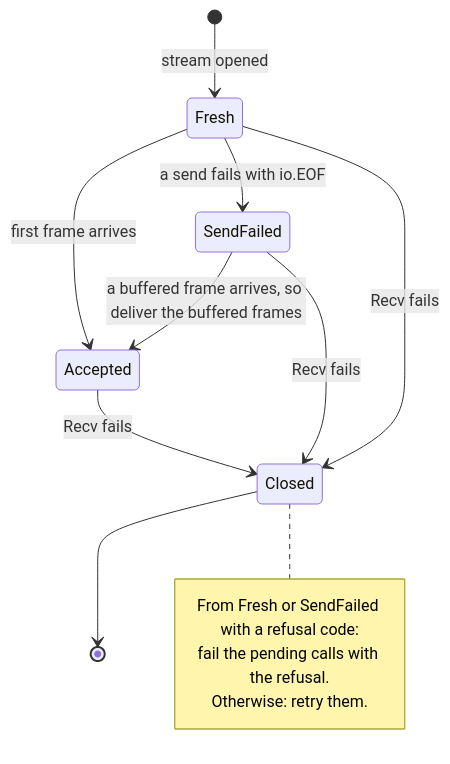
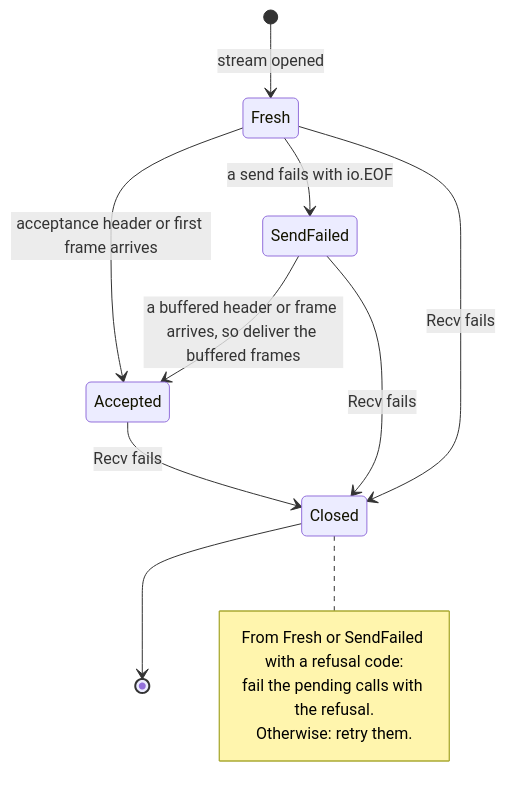
The fourth of 10 diagrams in doc/dev-guide.md (relab/gorums), drawn with Mermaid before and after one commit. The commit also changed other lines of this file and 11 other files, not shown here.

````diff
--- a/doc/dev-guide.md
+++ b/doc/dev-guide.md
@@ -380,16 +384,16 @@
 ```mermaid
 stateDiagram-v2
     [*] --> Fresh: stream opened
-    Fresh --> Accepted: first frame arrives
+    Fresh --> Accepted: acceptance header or first frame arrives
     Fresh --> SendFailed: a send fails with io.EOF
     Fresh --> Closed: Recv fails
-    SendFailed --> Accepted: a buffered frame arrives, so deliver the buffered frames
+    SendFailed --> Accepted: a buffered header or frame arrives, so deliver the buffered frames
     SendFailed --> Closed: Recv fails
     Accepted --> Closed: Recv fails
     Closed --> [*]
     note right of Closed
         From Fresh or SendFailed with a refusal code:
         fail the pending calls with the refusal.
         Otherwise: retry them.
     end note
 ```
````
